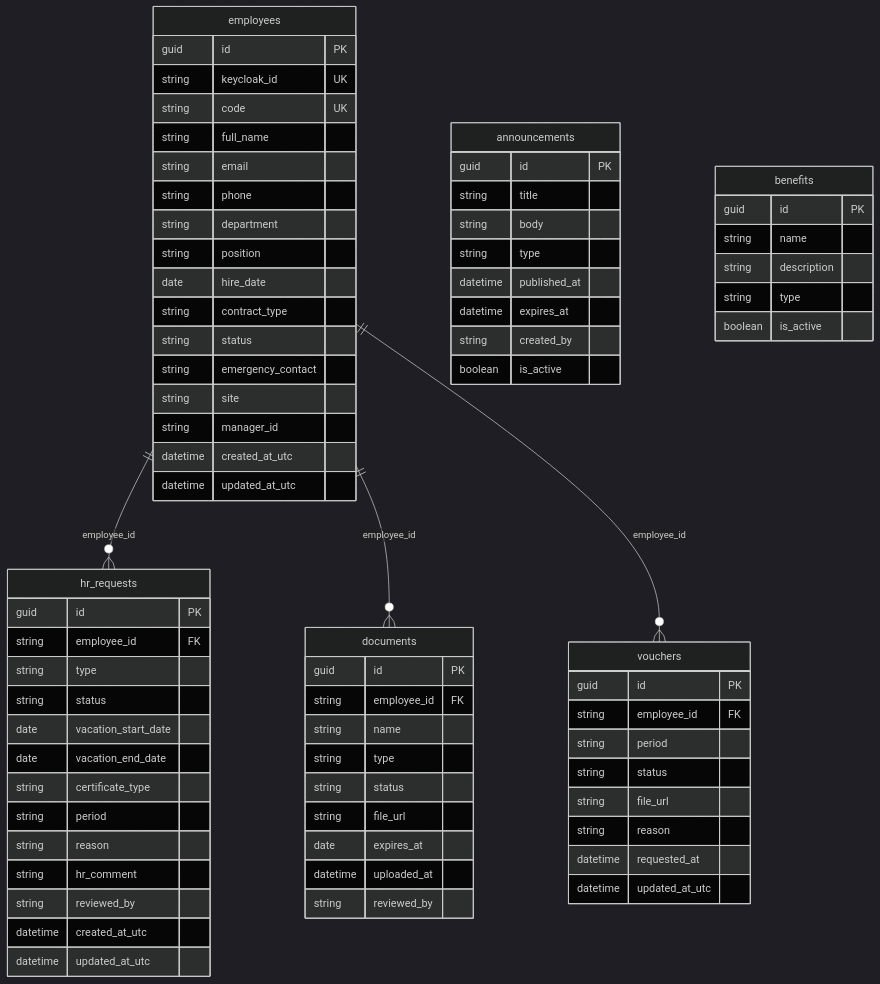
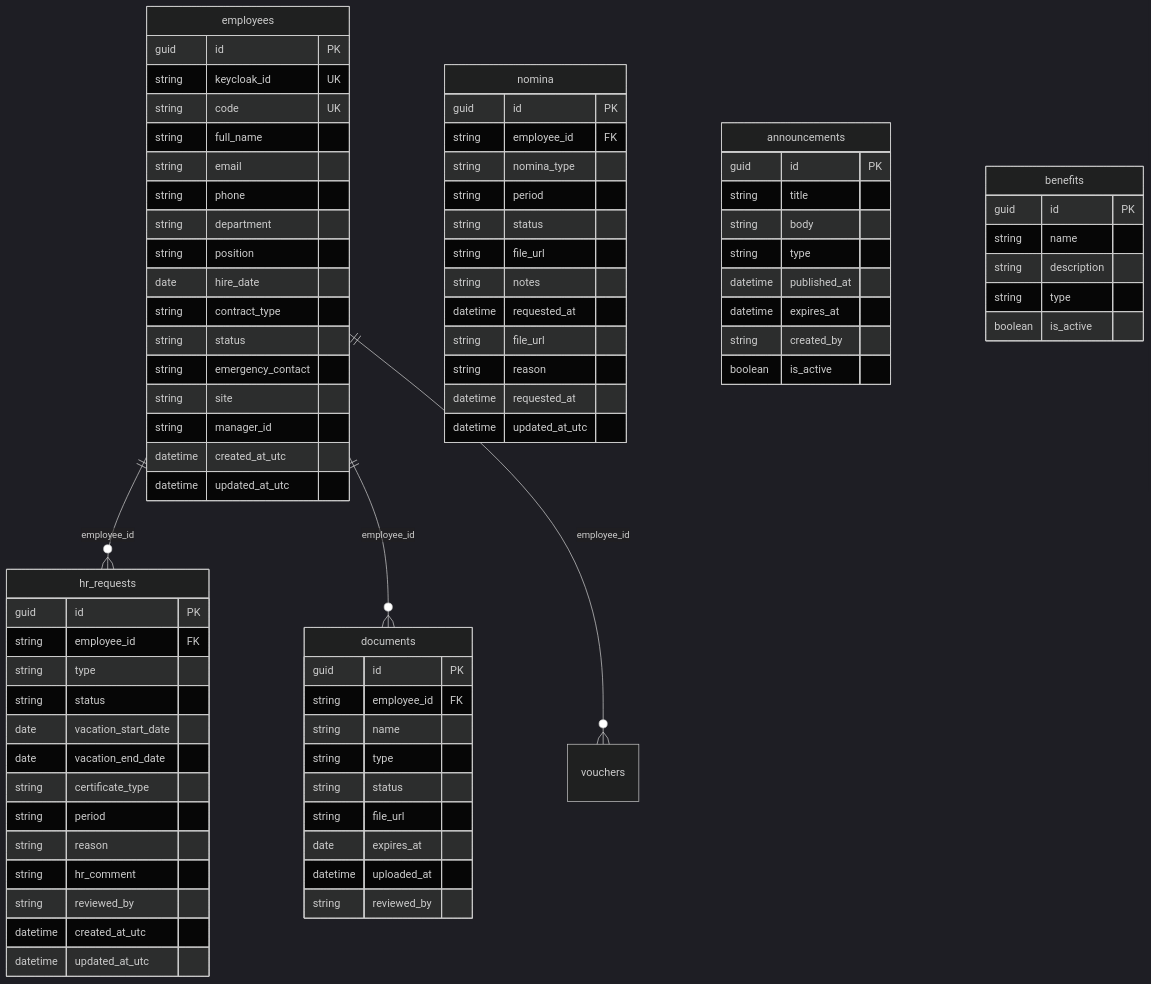
Before and after one commit to bryanjosue17/ProyectoIA-Forza: the diagram in docs/base-de-datos.md, drawn with Mermaid (dark theme). The commit also changed 3 other files, not shown here.

```diff
--- a/docs/base-de-datos.md
+++ b/docs/base-de-datos.md
@@ -53,11 +53,15 @@
         string reviewed_by
     }
 
-    vouchers {
+    nomina {
         guid id PK
         string employee_id FK
+        string nomina_type
         string period
         string status
+        string file_url
+        string notes
+        datetime requested_at
         string file_url
         string reason
         datetime requested_at
```
